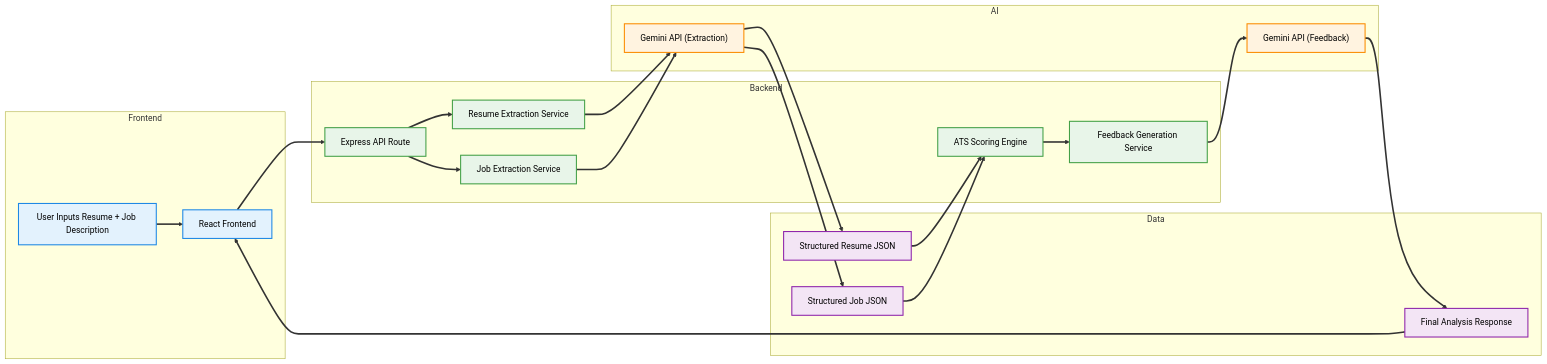
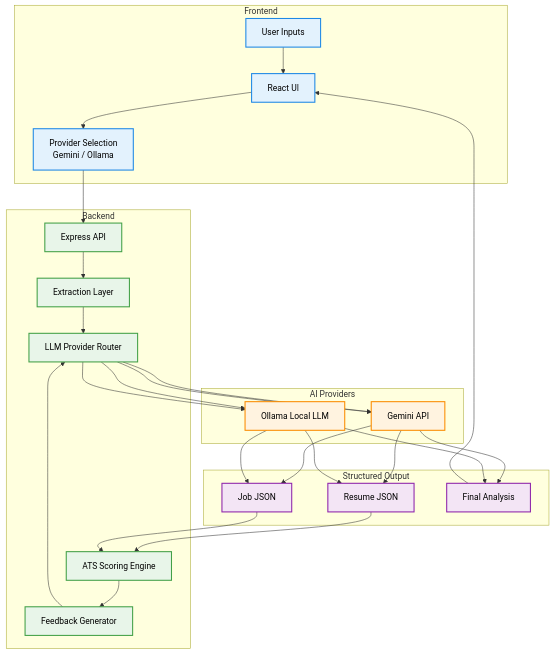
Before and after one commit to Sam-AI-Solutions/AI-Resume-Matcher: the diagram in README.md, drawn with Mermaid.

````diff
--- a/README.md
+++ b/README.md
@@ -3,67 +3,85 @@
 ```mermaid
-flowchart LR
+flowchart TB
 
-    subgraph Frontend
-        A["User Inputs Resume + Job Description"]
-        B["React Frontend"]
+    %% FRONTEND
+
+    subgraph FRONTEND["Frontend"]
+        A["User Inputs"]
+        B["React UI"]
+        C["Provider Selection<br/>Gemini / Ollama"]
     end
 
-    subgraph Backend
-        C["Express API Route"]
+    %% BACKEND
 
-        D["Resume Extraction Service"]
-        E["Job Extraction Service"]
+    subgraph BACKEND["Backend"]
+        D["Express API"]
 
-        F["ATS Scoring Engine"]
+        E["Extraction Layer"]
 
-        G["Feedback Generation Service"]
+        F["LLM Provider Router"]
+
+        G["ATS Scoring Engine"]
+
+        H["Feedback Generator"]
     end
 
-    subgraph AI
-        H["Gemini API (Extraction)"]
-        L["Gemini API (Feedback)"]
+    %% AI PROVIDERS
+
+    subgraph AI["AI Providers"]
+        I["Gemini API"]
+        J["Ollama Local LLM"]
     end
 
-    subgraph Data
-        I["Structured Resume JSON"]
-        J["Structured Job JSON"]
-        K["Final Analysis Response"]
+    %% DATA
+
+    subgraph DATA["Structured Output"]
+        K["Resume JSON"]
+        L["Job JSON"]
+        M["Final Analysis"]
     end
+
+    %% FLOW
 
     A --> B
     B --> C
+    C --> D
 
-    C --> D
-    C --> E
+    D --> E
+    E --> F
 
-    D --> H
-    E --> H
+    F --> I
+    F --> J
 
-    H --> I
-    H --> J
+    I --> K
+    I --> L
 
-    I --> F
-    J --> F
+    J --> K
+    J --> L
 
-    F --> G
+    K --> G
+    L --> G
 
-    G --> L
+    G --> H
 
-    L --> K
+    H --> F
 
-    K --> B
+    F --> I
+    F --> J
 
-    %% Link Styling
-    linkStyle default stroke-width:3px;
+    I --> M
+    J --> M
 
-    %% Node Styling
-    classDef frontend fill:#E3F2FD,stroke:#1E88E5,color:#000,stroke-width:2px;
-    classDef backend fill:#E8F5E9,stroke:#43A047,color:#000,stroke-width:2px;
-    classDef ai fill:#FFF3E0,stroke:#FB8C00,color:#000,stroke-width:2px;
-    classDef data fill:#F3E5F5,stroke:#8E24AA,color:#000,stroke-width:2px;
+    M --> B
 
-    class A,B frontend;
-    class C,D,E,F,G backend;
-    class H,L ai;
-    class I,J,K data;
+    %% STYLING
+
+    classDef frontend fill:#E3F2FD,stroke:#1E88E5,stroke-width:2px,color:#000;
+    classDef backend fill:#E8F5E9,stroke:#43A047,stroke-width:2px,color:#000;
+    classDef ai fill:#FFF3E0,stroke:#FB8C00,stroke-width:2px,color:#000;
+    classDef data fill:#F3E5F5,stroke:#8E24AA,stroke-width:2px,color:#000;
+
+    class A,B,C frontend;
+    class D,E,F,G,H backend;
+    class I,J ai;
+    class K,L,M data;
 ```
````
